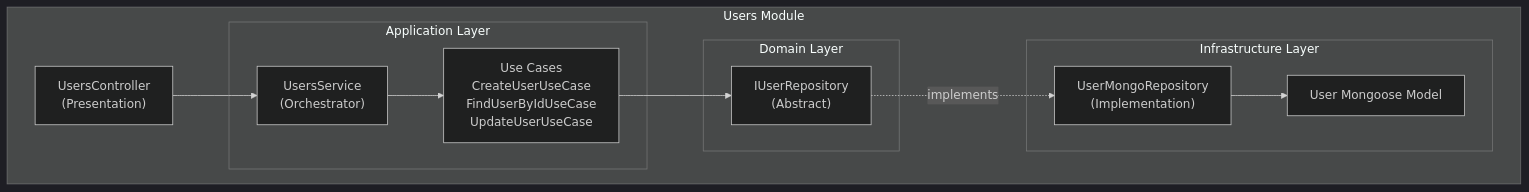
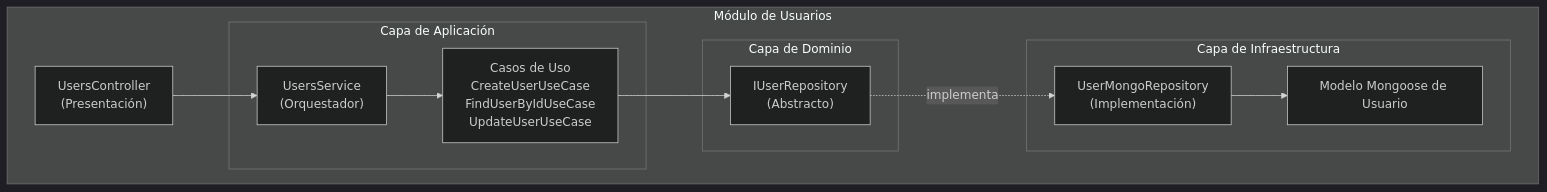
The fifth of 14 diagrams in docs-post-message/docs/backend/architecture/overview.md (Byroncl/laboratory-reviews), drawn with Mermaid (dark theme) before and after one commit. The commit also changed other lines of this file and 17 other files, not shown here.

Commit message:
refactor: implement clean architecture patterns with domains, repositories, use cases, constants, and comprehensive tests

````diff
--- a/docs-post-message/docs/backend/architecture/overview.md
+++ b/docs-post-message/docs/backend/architecture/overview.md
@@ -157,26 +157,26 @@
 ```mermaid
 graph TB
-    subgraph "Users Module"
-        Controller["UsersController<br/>(Presentation)"]
+    subgraph "Módulo de Usuarios"
+        Controller["UsersController<br/>(Presentación)"]
         
-        subgraph "Application Layer"
-            Service["UsersService<br/>(Orchestrator)"]
-            UseCases["Use Cases<br/>CreateUserUseCase<br/>FindUserByIdUseCase<br/>UpdateUserUseCase"]
+        subgraph "Capa de Aplicación"
+            Service["UsersService<br/>(Orquestador)"]
+            UseCases["Casos de Uso<br/>CreateUserUseCase<br/>FindUserByIdUseCase<br/>UpdateUserUseCase"]
         end
         
-        subgraph "Domain Layer"
-            Repository["IUserRepository<br/>(Abstract)"]
+        subgraph "Capa de Dominio"
+            Repository["IUserRepository<br/>(Abstracto)"]
         end
         
-        subgraph "Infrastructure Layer"
-            MongoRepo["UserMongoRepository<br/>(Implementation)"]
-            Model["User Mongoose Model"]
+        subgraph "Capa de Infraestructura"
+            MongoRepo["UserMongoRepository<br/>(Implementación)"]
+            Model["Modelo Mongoose de Usuario"]
         end
     end
     
     Controller --> Service
     Service --> UseCases
     UseCases --> Repository
-    Repository -.->|implements| MongoRepo
+    Repository -.->|implementa| MongoRepo
     MongoRepo --> Model
 ```
````
